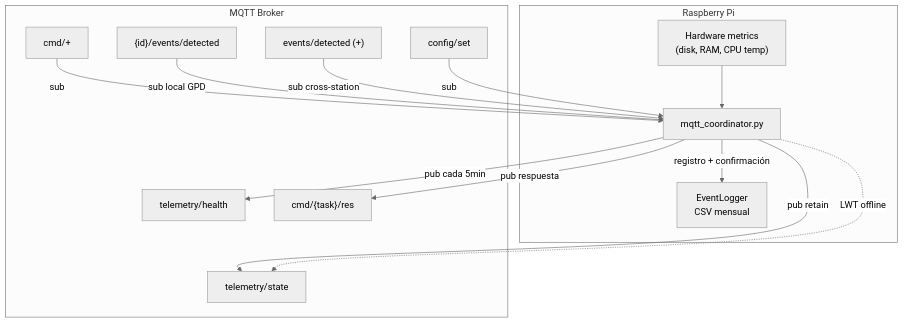
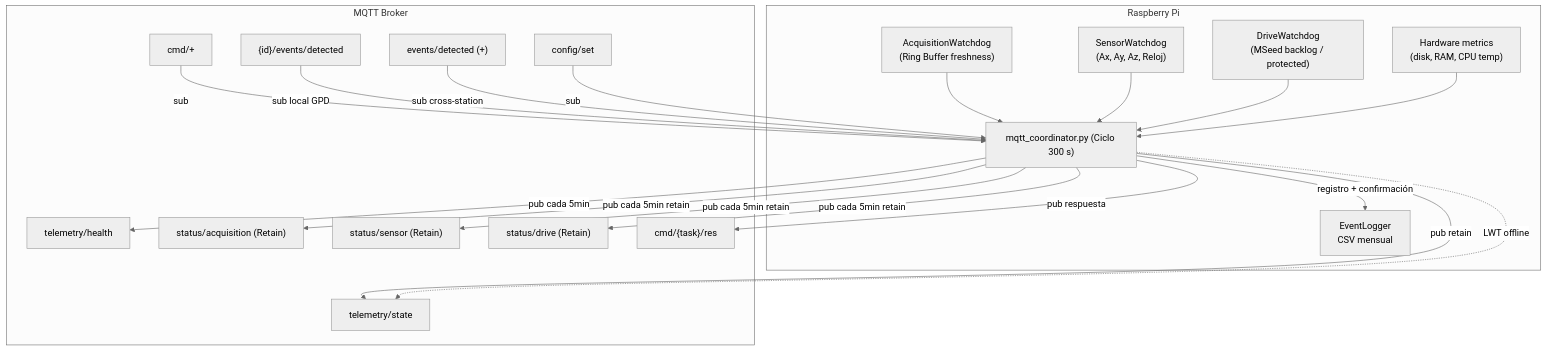
Before and after one commit to Red-Sismica-del-Austro/RSA-Acelerografo: the diagram in docs/context/mqtt_coordinator_context.md, drawn with Mermaid (neutral theme). The commit also changed other lines of this file and 4 other files, not shown here.

````diff
--- a/docs/context/mqtt_coordinator_context.md
+++ b/docs/context/mqtt_coordinator_context.md
@@ -20,29 +20,41 @@
 ```mermaid
 graph TD
     subgraph RPi["Raspberry Pi"]
-        COORD["mqtt_coordinator.py"]
+        COORD["mqtt_coordinator.py (Ciclo 300 s)"]
         HW["Hardware metrics\n(disk, RAM, CPU temp)"]
+        AW["AcquisitionWatchdog\n(Ring Buffer freshness)"]
+        SW["SensorWatchdog\n(Ax, Ay, Az, Reloj)"]
+        DW["DriveWatchdog\n(MSeed backlog / protected)"]
         EL["EventLogger\nCSV mensual"]
     end
 
     subgraph Broker["MQTT Broker"]
         T_STATE["telemetry/state"]
         T_HEALTH["telemetry/health"]
+        S_ACQ["status/acquisition (Retain)"]
+        S_SENS["status/sensor (Retain)"]
+        S_DRV["status/drive (Retain)"]
         CMD["cmd/+"]
         CMD_RES["cmd/{task}/res"]
         EVT_LOCAL["{id}/events/detected"]
         EVT_REG["events/detected (+)"]
         CFG["config/set"]
     end
 
     COORD -->|pub retain| T_STATE
     COORD -->|pub cada 5min| T_HEALTH
+    COORD -->|pub cada 5min retain| S_ACQ
+    COORD -->|pub cada 5min retain| S_SENS
+    COORD -->|pub cada 5min retain| S_DRV
+    AW --> COORD
+    SW --> COORD
+    DW --> COORD
     HW --> COORD
     CMD -->|sub| COORD
     COORD -->|pub respuesta| CMD_RES
     EVT_LOCAL -->|sub local GPD| COORD
     EVT_REG -->|sub cross-station| COORD
     CFG -->|sub| COORD
     COORD -..->|LWT offline| T_STATE
     COORD -->|registro + confirmación| EL
 ```
````
